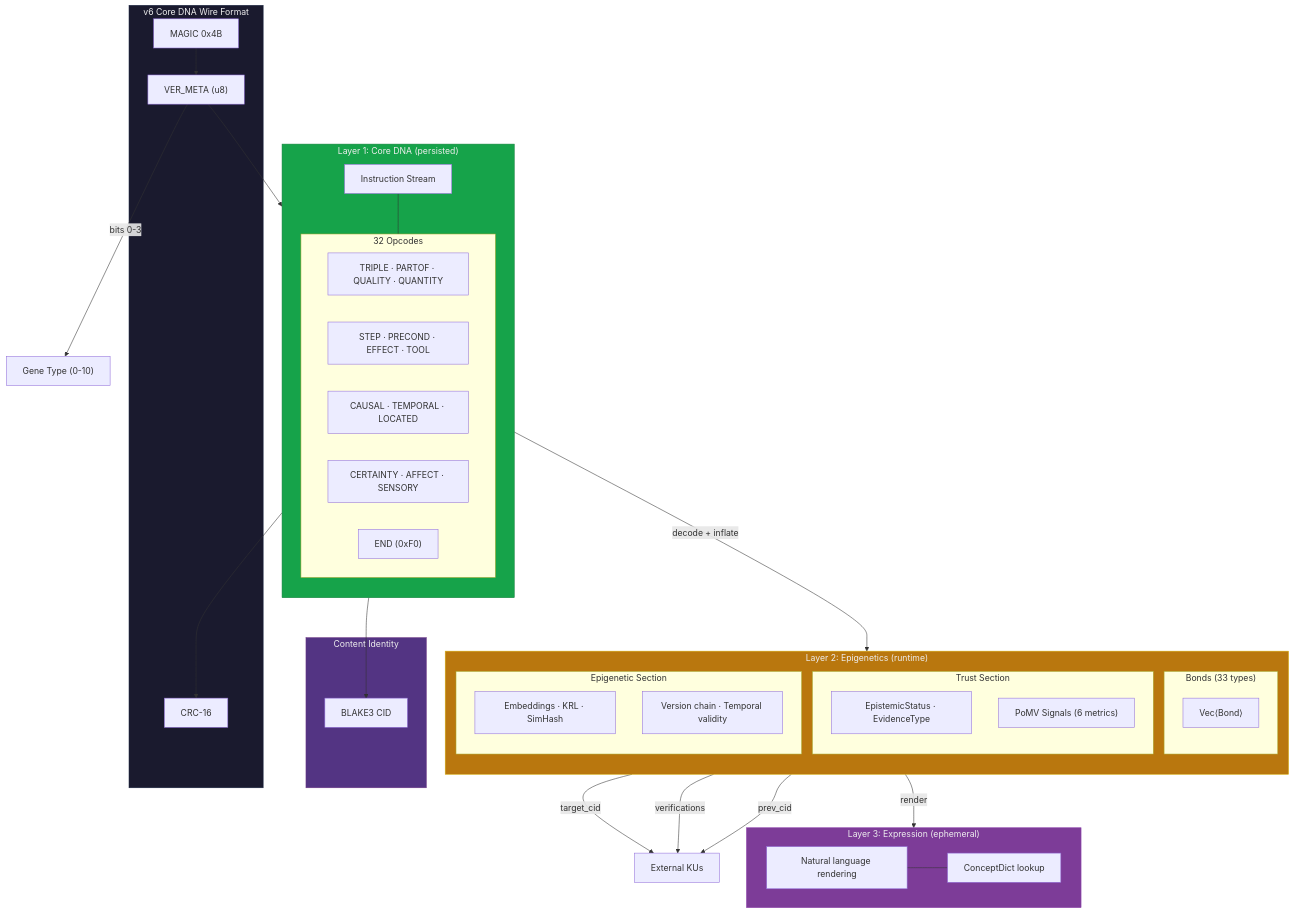
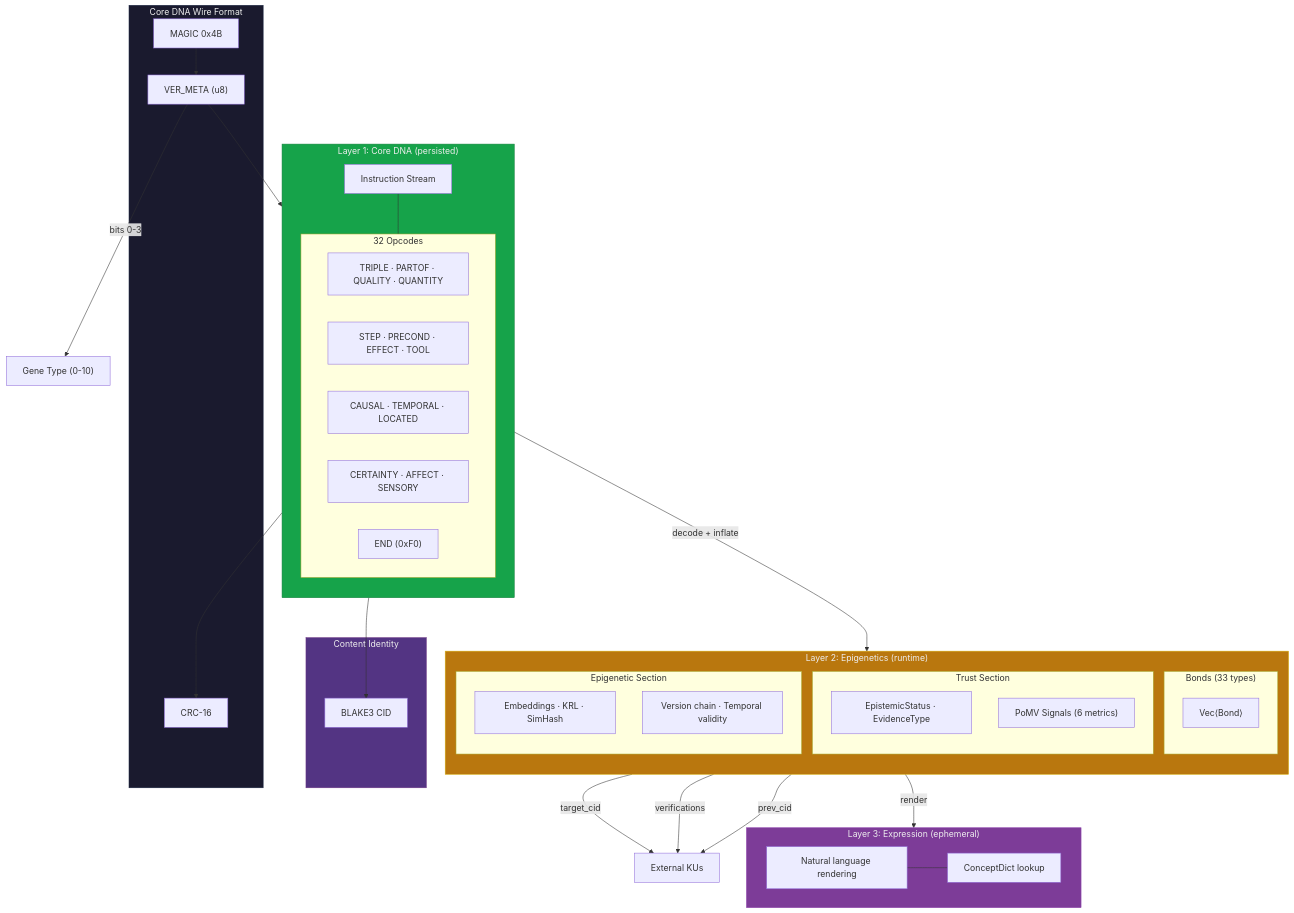
One commit to shpy2001gemi/OneBrain changed the fifth of 5 diagrams in docs/paper/ku/03_architecture.md. Above: the diagram before and after it, drawn with Mermaid. The commit also changed other lines of this file and 95 other files, not shown here.

````diff
--- a/docs/paper/ku/03_architecture.md
+++ b/docs/paper/ku/03_architecture.md
@@ -1017,66 +980,66 @@
 ```mermaid
 graph TB
-    subgraph Wire["v6 Core DNA Wire Format"]
+    subgraph Wire["Core DNA Wire Format"]
         MAGIC["MAGIC 0x4B"]
         VM["VER_META (u8)"]
         CRC["CRC-16"]
     end
 
     subgraph CoreDNA["Layer 1: Core DNA (persisted)"]
         direction TB
         IS["Instruction Stream"]
         subgraph Instructions["32 Opcodes"]
             TR_I["TRIPLE · PARTOF · QUALITY · QUANTITY"]
             ST_I["STEP · PRECOND · EFFECT · TOOL"]
             CA_I["CAUSAL · TEMPORAL · LOCATED"]
             ME_I["CERTAINTY · AFFECT · SENSORY"]
             EN_I["END (0xF0)"]
         end
         IS --- Instructions
     end
 
     subgraph Epigenetics["Layer 2: Epigenetics (runtime)"]
         direction TB
         subgraph Bonds["Bonds (33 types)"]
             BO["Vec⟨Bond⟩"]
         end
         subgraph Trust["Trust Section"]
             TS["EpistemicStatus · EvidenceType"]
             PM["PoMV Signals (6 metrics)"]
         end
         subgraph Meta["Epigenetic Section"]
             EM["Embeddings · KRL · SimHash"]
             VE["Version chain · Temporal validity"]
         end
     end
 
     subgraph Expression["Layer 3: Expression (ephemeral)"]
         NL["Natural language rendering"]
         CD["ConceptDict lookup"]
         NL --- CD
     end
     
     subgraph Identity["Content Identity"]
         CID["BLAKE3 CID"]
     end
 
     MAGIC --> VM
     VM --> CoreDNA
     CoreDNA --> CRC
     CoreDNA --> CID
 
     VM -- "bits 0-3" --> GT["Gene Type (0-10)"]
     
     CoreDNA -->|"decode + inflate"| Epigenetics
     Epigenetics -->|"render"| Expression
 
     BO -- "target_cid" --> EXT["External KUs"]
     TS -- "verifications" --> EXT
     VE -- "prev_cid" --> EXT
 
     style Wire fill:#1a1a2e,stroke:#16213e,color:#eee
     style CoreDNA fill:#16a34a,stroke:#15803d,color:#eee
     style Epigenetics fill:#b9770e,stroke:#d4ac0d,color:#eee
     style Expression fill:#7d3c98,stroke:#8e44ad,color:#eee
     style Identity fill:#533483,stroke:#6c3483,color:#eee
 ```
````
